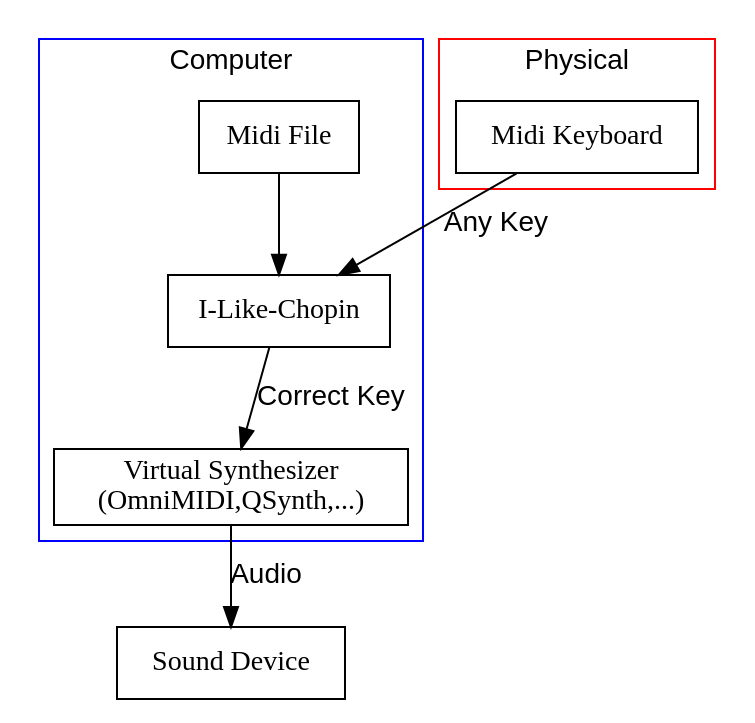
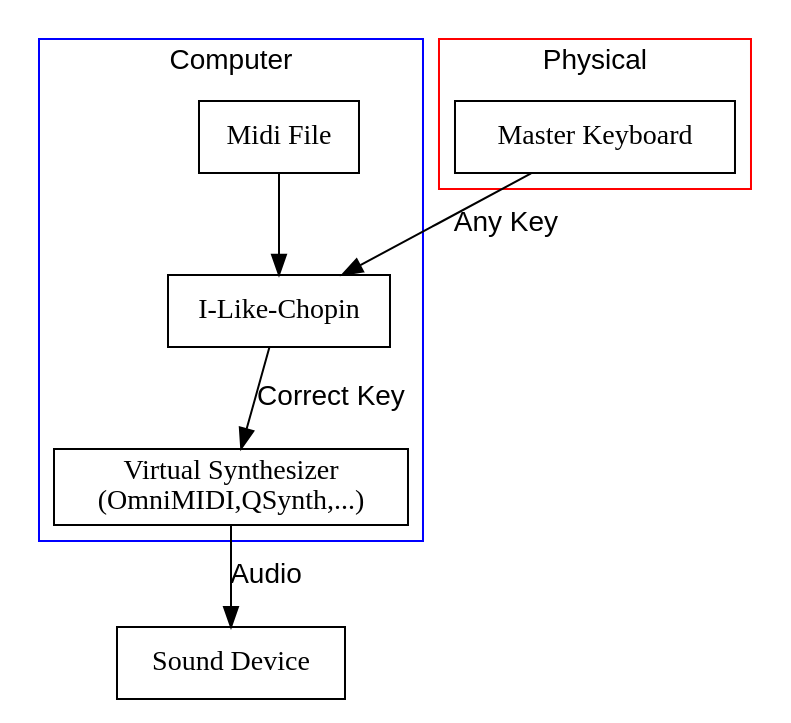
The diagram in media/ILC.gv (obook/I-like-Chopin), drawn with Graphviz before and after one commit. The commit also changed 3 other files, not shown here.

```diff
--- a/media/ILC.gv
+++ b/media/ILC.gv
@@ -1,28 +1,28 @@
 digraph {
         splines=false;
         ranksep=0.5;
         fontname="Helvetica,Arial,sans-serif";
         node[shape=box, color=black, style=filled, fillcolor=white];
         edge [fontname="Helvetica,Arial,sans-serif", color=black];
 
         subgraph cluster_0 {
                 label = "Computer";
                 color=blue;
                 MIDIFILE [label="Midi File"];
                 ILC [label="I-Like-Chopin"];
                 SYNTH [label="Virtual Synthesizer\n(OmniMIDI,QSynth,...)"];
         }
 
         MIDIFILE -> ILC
         ILC -> SYNTH [label="Correct Key"];
 
         subgraph cluster_1 {
                 label = "Physical";
                 color=red;
-                KEYBOARD[label="Midi Keyboard"];
+                KEYBOARD[label="Master Keyboard"];
         }
 
         KEYBOARD -> ILC [label="Any Key"];
         SOUNDEVICE[label="Sound Device"];
         SYNTH -> SOUNDEVICE [label="Audio"];
 }
```
